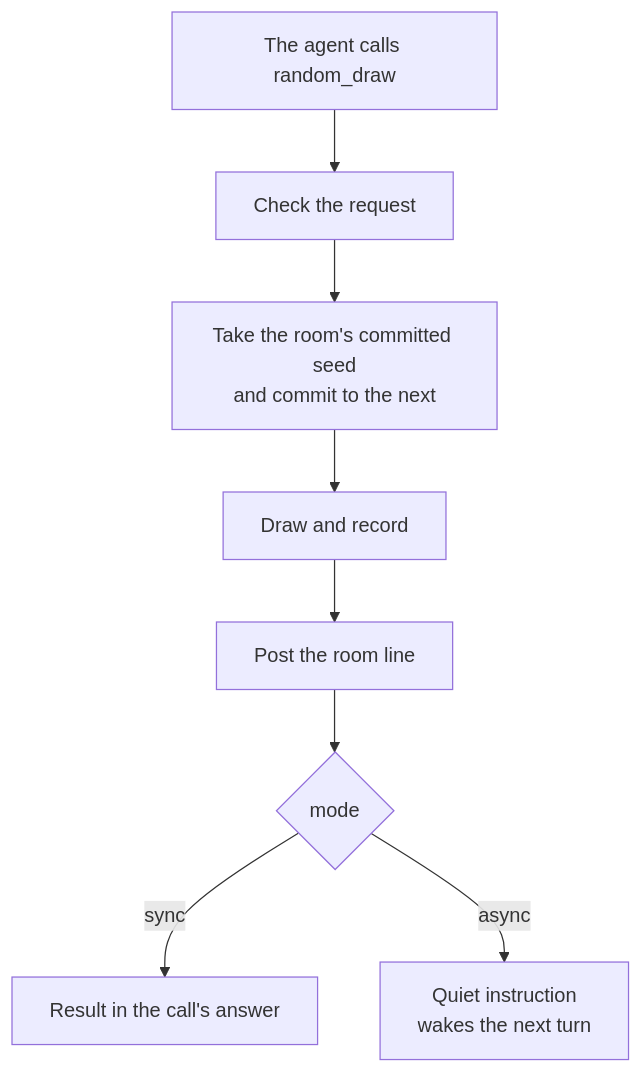
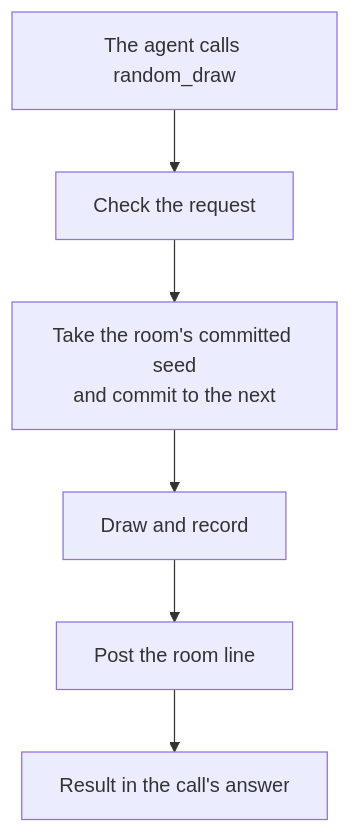
One commit to ahas/bmo-receiver changed the diagram in docs/random-draw.md. Above: the diagram before and after it, drawn with Mermaid. The commit also changed other lines of this file and 33 other files, not shown here.

First line of the commit message:
Hand reminders and watches to bmo use through a wait tool, and answer every draw in its call

````diff
--- a/docs/random-draw.md
+++ b/docs/random-draw.md
@@ -46,10 +40,8 @@
 ```mermaid
 flowchart TD
   A[The agent calls random_draw] --> B[Check the request]
   B --> C[Take the room's committed seed<br/>and commit to the next]
   C --> D[Draw and record]
   D --> E[Post the room line]
-  E --> F{mode}
-  F -->|sync| G[Result in the call's answer]
-  F -->|async| H[Quiet instruction<br/>wakes the next turn]
+  E --> F[Result in the call's answer]
 ```
````
